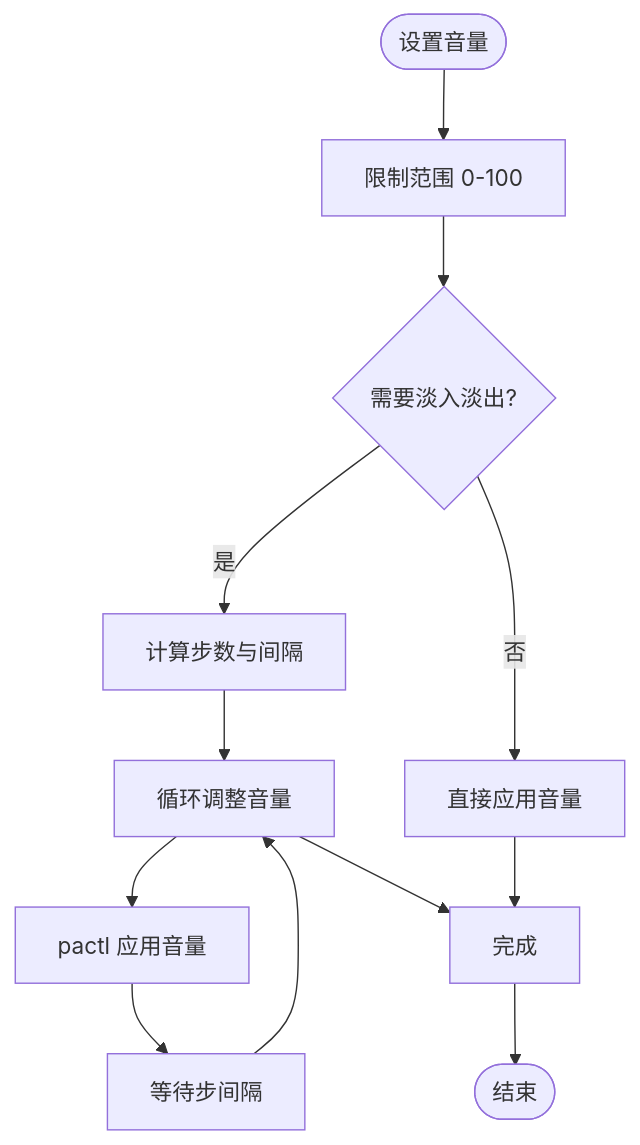
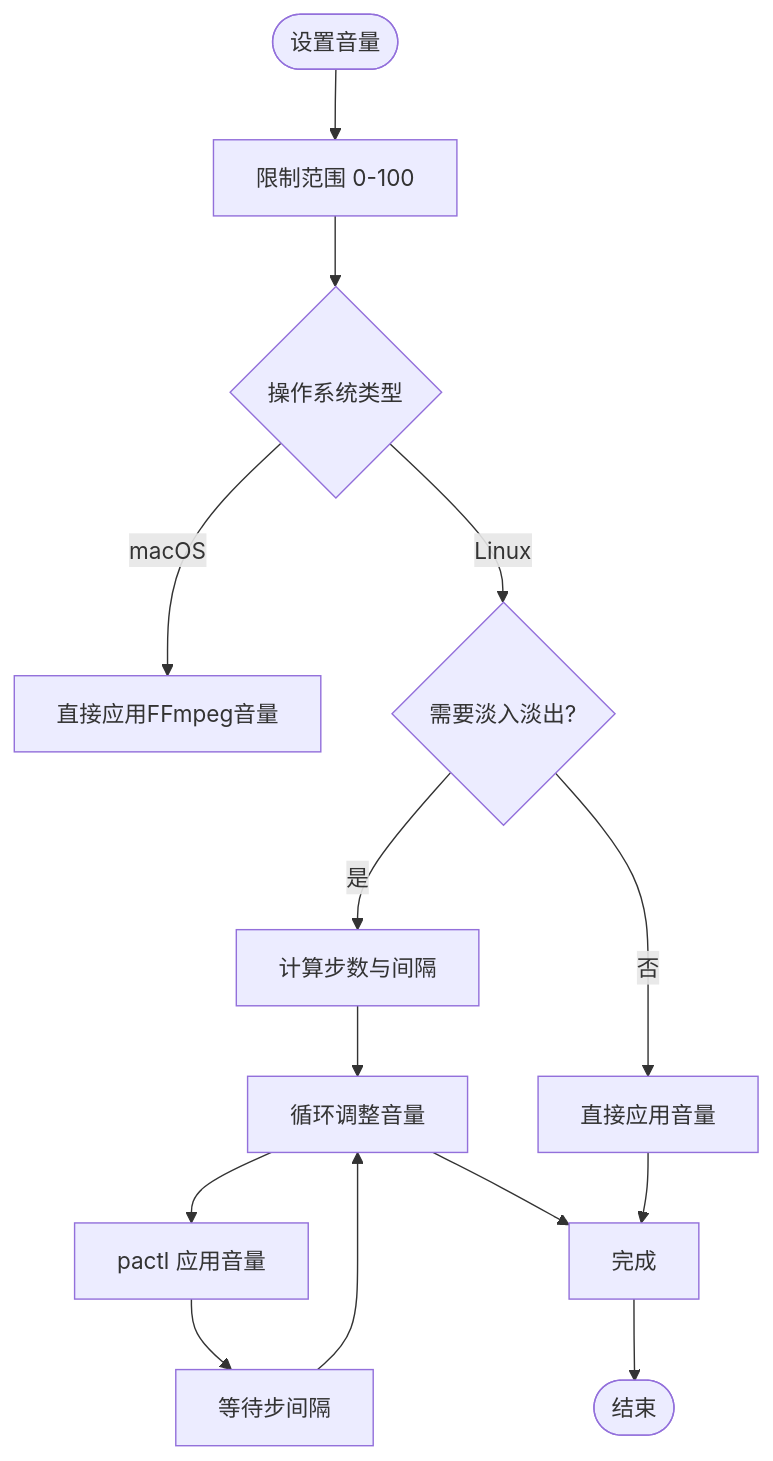
The seventh of 12 diagrams in .qoder/repowiki/zh/content/音乐播放系统/音乐播放系统.md (GhoulOwl/Teamspeak3_Bot), drawn with Mermaid before and after one commit. The commit also changed other lines of this file and 13 other files, not shown here.

````diff
--- a/.qoder/repowiki/zh/content/音乐播放系统/音乐播放系统.md
+++ b/.qoder/repowiki/zh/content/音乐播放系统/音乐播放系统.md
@@ -311,14 +491,16 @@
 ```mermaid
 flowchart TD
 VStart(["设置音量"]) --> Clamp["限制范围 0-100"]
-Clamp --> Fade{"需要淡入淡出?"}
+Clamp --> CheckOS{"操作系统类型"}
+CheckOS --> |macOS| DirectApply["直接应用FFmpeg音量"]
+CheckOS --> |Linux| Fade{"需要淡入淡出?"}
 Fade --> |是| Steps["计算步数与间隔"]
 Steps --> Loop["循环调整音量"]
 Loop --> Apply["pactl 应用音量"]
 Apply --> Sleep["等待步间隔"]
 Sleep --> Loop
 Loop --> Done["完成"]
 Fade --> |否| ApplyDirect["直接应用音量"]
 ApplyDirect --> Done
 Done --> VEnd(["结束"])
 ```
````
